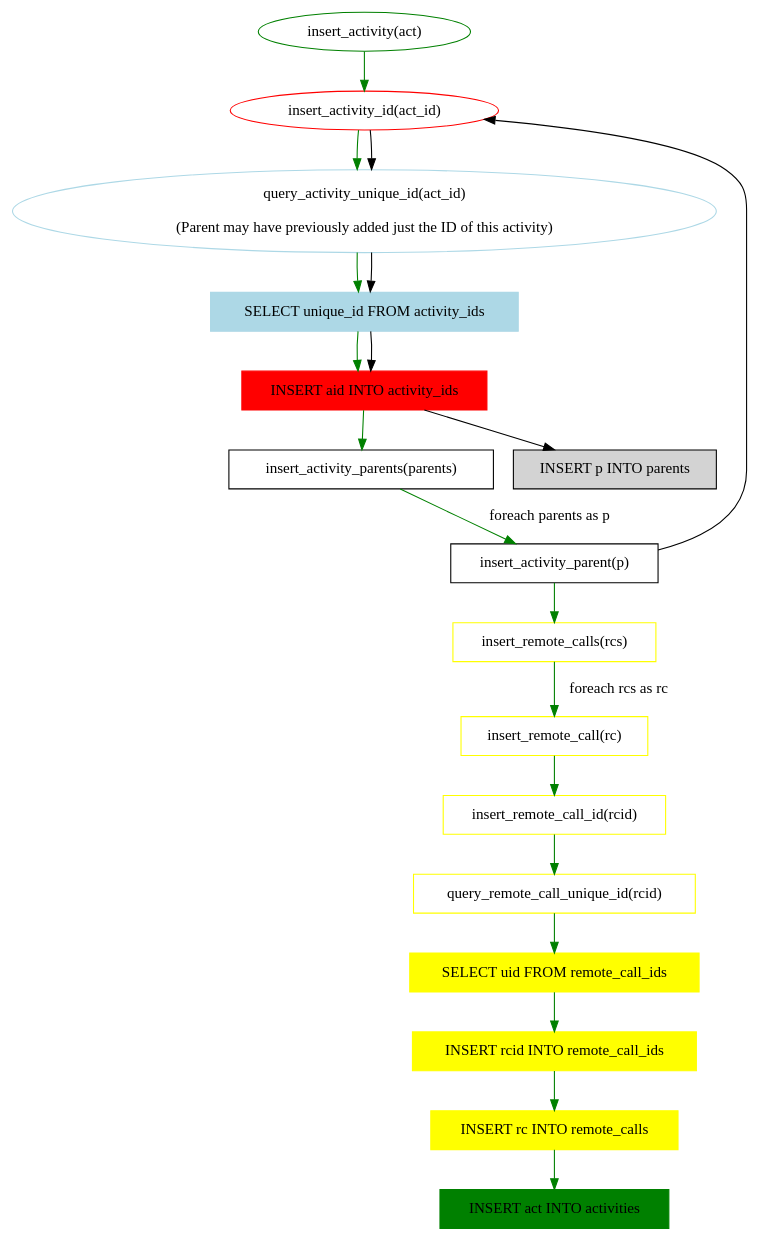
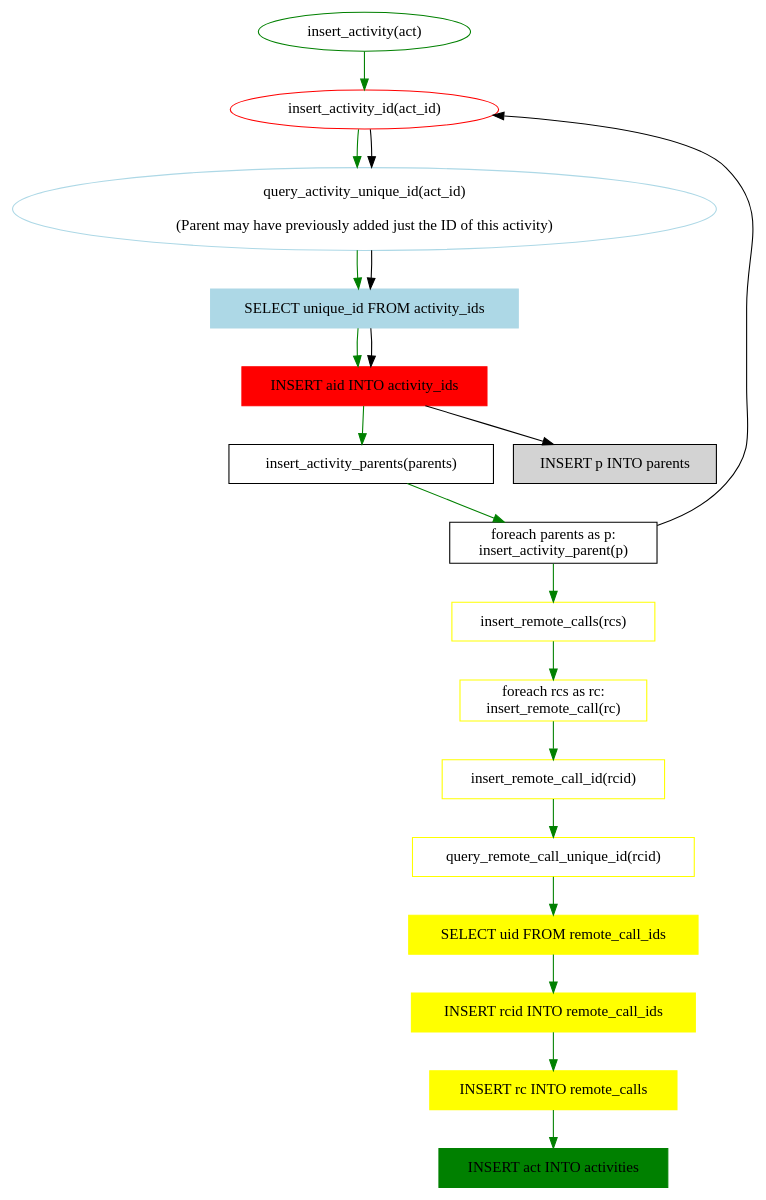
The diagram in src/monitoring/transaction_system/doc/insert_activity.dot (JulianKunkel/siox), drawn with Graphviz before and after one commit. The commit also changed 1 other file, not shown here.

Commit message:
Small change in the diagramm.

```diff
--- a/src/monitoring/transaction_system/doc/insert_activity.dot
+++ b/src/monitoring/transaction_system/doc/insert_activity.dot
@@ -1,40 +1,40 @@
 digraph I {
 	insert_activity[label="insert_activity(act)",color="green"];
 	insert_activity_id [label="insert_activity_id(act_id)",color="red"];
 	query_activity_unique_id [label="query_activity_unique_id(act_id)\n\n(Parent may have previously added just the ID of this activity)",color="lightblue"];
 	select_activity_unique_id [shape="box",label="SELECT unique_id FROM activity_ids",color="lightblue",style="filled"];
 	insert_activity_id_2 [shape="box",label="INSERT aid INTO activity_ids",color="red",style="filled"];
 	insert_parents [shape="box",label="insert_activity_parents(parents)"];
-	insert_parent [shape="box",label="insert_activity_parent(p)"];
+	insert_parent [shape="box",label="foreach parents as p:\ninsert_activity_parent(p)"];
 	insert_parent_2 [shape="box",label="INSERT p INTO parents",style="filled"];
 	insert_rcs [shape="box",label="insert_remote_calls(rcs)",color="yellow"];
-	insert_rc [shape="box",label="insert_remote_call(rc)",color="yellow"];
+	insert_rc [shape="box",label="foreach rcs as rc:\ninsert_remote_call(rc)",color="yellow"];
 	insert_rc_id [shape="box",label="insert_remote_call_id(rcid)",color="yellow"];
 	query_rc_uid [shape="box",label="query_remote_call_unique_id(rcid)",color="yellow"];
 	select_rc_uid [shape="box",label="SELECT uid FROM remote_call_ids",color="yellow",style="filled"];
 	insert_rc_id_2 [shape="box",label="INSERT rcid INTO remote_call_ids",color="yellow",style="filled"];
 	insert_rc_2 [shape="box",label="INSERT rc INTO remote_calls",color="yellow",style="filled"];
 	insert_activity_2 [shape="box",label="INSERT act INTO activities",color="green",style="filled"];
 	
 
 	insert_activity -> insert_activity_id [color="green"];
 	insert_activity_id -> query_activity_unique_id [color="green"];
 	query_activity_unique_id -> select_activity_unique_id [color="green"];
 	select_activity_unique_id -> insert_activity_id_2 [color="green"];
 	insert_activity_id_2 -> insert_parents [color="green"];
-	insert_parents -> insert_parent [label="foreach parents as p",color="green"];
+	insert_parents -> insert_parent [color="green"];
 	insert_parent -> insert_activity_id [];
 	insert_activity_id -> query_activity_unique_id [];
 	query_activity_unique_id -> select_activity_unique_id [];
 	select_activity_unique_id -> insert_activity_id_2 [];
 	insert_activity_id_2 -> insert_parent_2 [];
 	insert_parent -> insert_rcs [color="green"];
-	insert_rcs -> insert_rc [color="green",label="foreach rcs as rc"];
+	insert_rcs -> insert_rc [color="green"];
 	insert_rc -> insert_rc_id [color="green"];
 	insert_rc_id -> query_rc_uid [color="green"];
 	query_rc_uid -> select_rc_uid [color="green"];
 	select_rc_uid -> insert_rc_id_2 [color="green"];
 	insert_rc_id_2 -> insert_rc_2 [color="green"];
 	insert_rc_2 -> insert_activity_2 [color="green"];
 
 }
```
